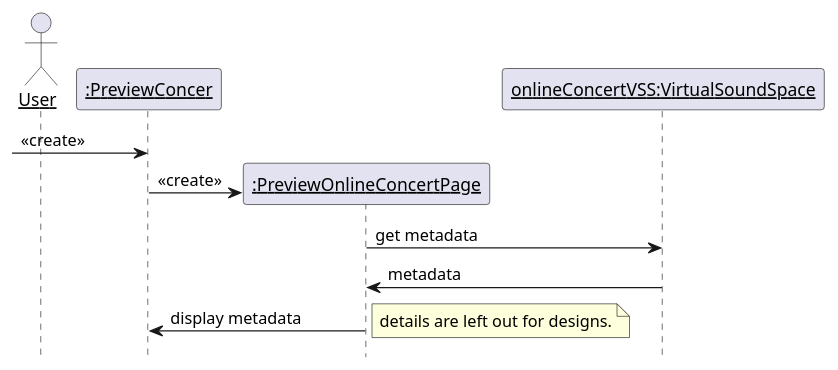
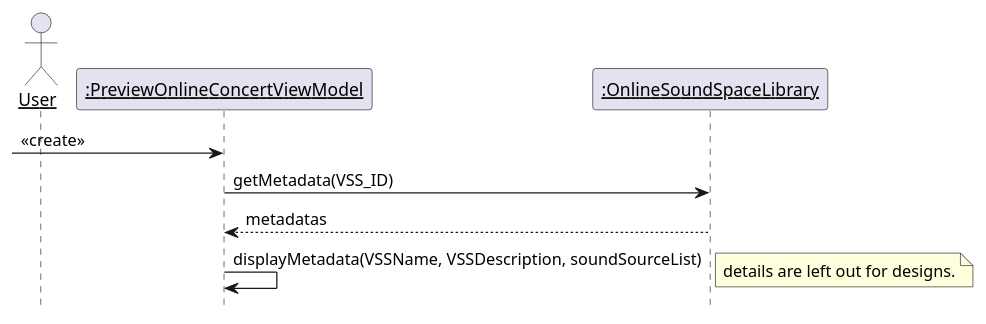
Before and after one commit to kpp19920121/doc: diagram 29 of 33 in 设计/顺序图.md, drawn with PlantUML. The commit also changed other lines of this file and 5 other files, not shown here.

````diff
--- a/设计/顺序图.md
+++ b/设计/顺序图.md
@@ -909,21 +900,18 @@
 ```PlantUML
 @startuml Diagrams/PreviewOnlineConcertVSS
 hide footbox
 skinparam sequenceParticipant underline
 actor User as user
 
-participant ":PreviewConcer" as page
-participant ":PreviewOnlineConcertPage" as control
-participant "onlineConcertVSS:VirtualSoundSpace" as vss
-create page
-[-> page: <<create>>
-create control
-page -> control: <<create>>
-control -> vss: get metadata
-vss -> control: metadata
-control -> page: display metadata
+participant ":PreviewOnlineConcertViewModel" as viewModel
+participant ":OnlineSoundSpaceLibrary" as library
+create viewModel
+[-> viewModel: <<create>>
+viewModel -> library: getMetadata(VSS_ID)
+library --> viewModel: metadatas
+viewModel -> viewModel: displayMetadata(VSSName, VSSDescription, soundSourceList)
 note right
 details are left out for designs.
 end note
 @enduml
 ```
````
